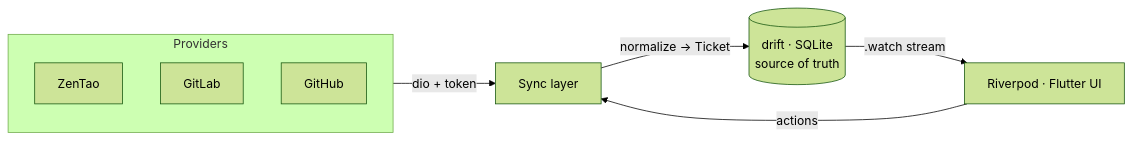
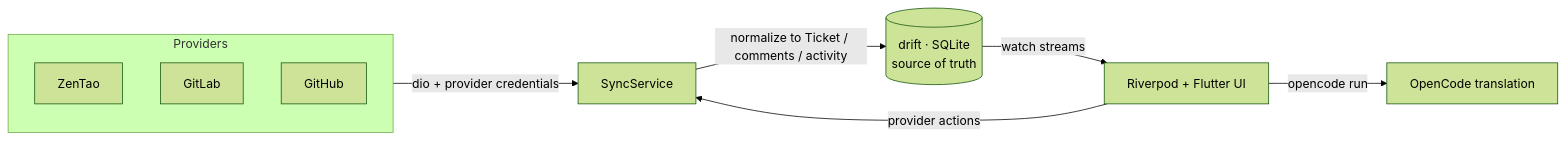
The diagram in README.md (thanhnguyen293/WorkNexus), drawn with Mermaid (forest theme) before and after one commit. The commit also changed other lines of this file and 1 other file, not shown here.

````diff
--- a/README.md
+++ b/README.md
@@ -99,10 +142,11 @@
 ```mermaid
 flowchart LR
     subgraph Providers
-        Z[ZenTao] & G[GitLab] & H[GitHub]
+        Z[ZenTao] & GL[GitLab] & GH[GitHub]
     end
-    Providers -->|dio + token| SYNC[Sync layer]
-    SYNC -->|normalize → Ticket| DB[(drift · SQLite<br/>source of truth)]
-    DB -->|.watch stream| UI[Riverpod · Flutter UI]
-    UI -->|actions| SYNC
+    Providers -->|dio + provider credentials| SYNC[SyncService]
+    SYNC -->|normalize to Ticket / comments / activity| DB[(drift · SQLite<br/>source of truth)]
+    DB -->|watch streams| UI[Riverpod + Flutter UI]
+    UI -->|provider actions| SYNC
+    UI -->|opencode run| TR[OpenCode translation]
 ```
````
